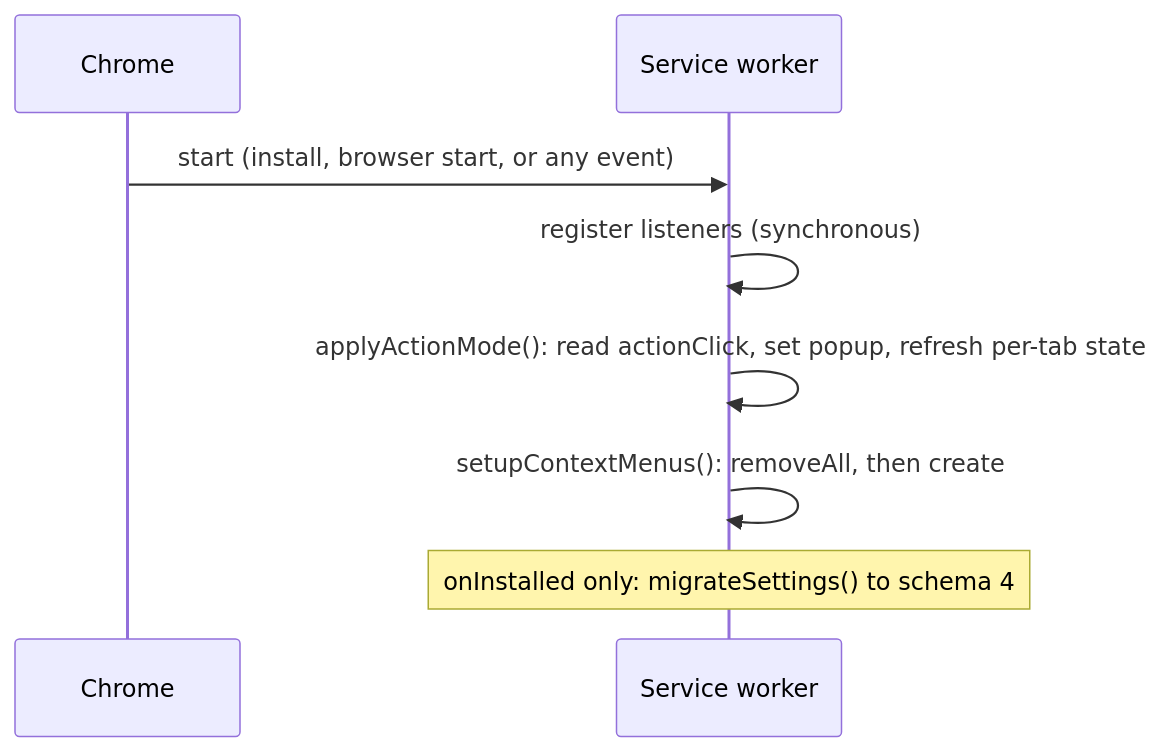
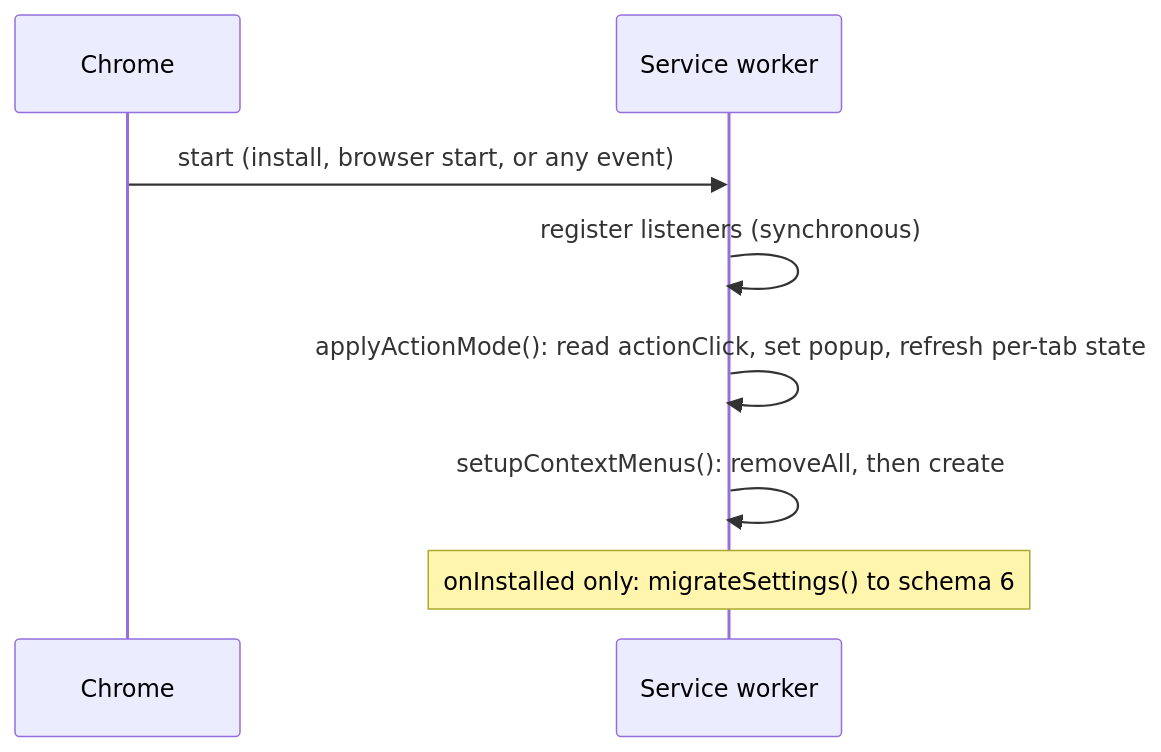
Before and after one commit to arsalan06106/SwiftSelect-capture-copy-download-screenshots: the second of 3 diagrams in ARCHITECTURE.md, drawn with Mermaid. The commit also changed 22 other files, not shown here.

````diff
--- a/ARCHITECTURE.md
+++ b/ARCHITECTURE.md
@@ -88,10 +88,10 @@
 ```mermaid
 sequenceDiagram
     participant C as Chrome
     participant W as Service worker
     C->>W: start (install, browser start, or any event)
     W->>W: register listeners (synchronous)
     W->>W: applyActionMode(): read actionClick, set popup, refresh per-tab state
     W->>W: setupContextMenus(): removeAll, then create
-    Note over W: onInstalled only: migrateSettings() to schema 4
+    Note over W: onInstalled only: migrateSettings() to schema 6
 ```
````
